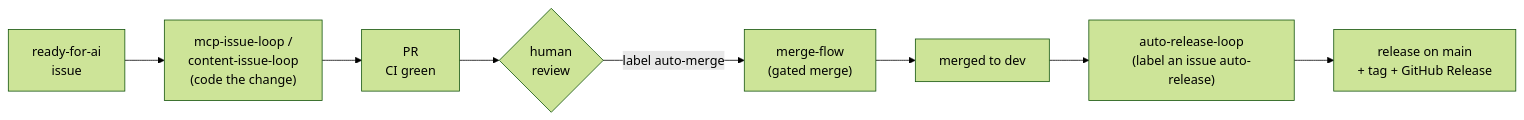
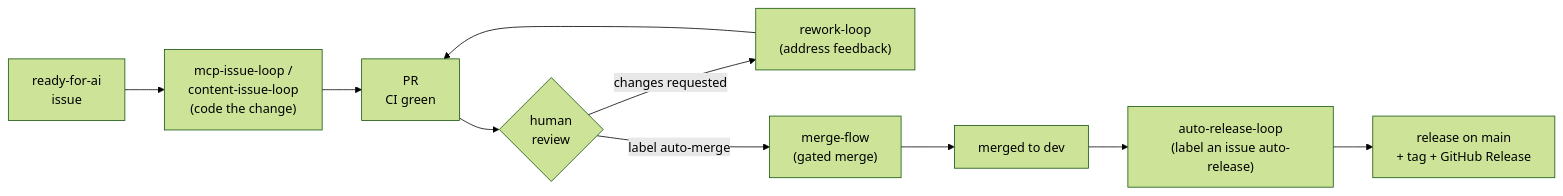
Before and after one commit to hifi-phil/umbraco-mcp-ops: the first of 3 diagrams in docs/self-learning-system.md, drawn with Mermaid (forest theme). The commit also changed other lines of this file and 4 other files, not shown here.

First line of the commit message:
feat(mcp-issue-loop): add rework-loop — event-driven PR-review response

````diff
--- a/docs/self-learning-system.md
+++ b/docs/self-learning-system.md
@@ -12,10 +12,12 @@
 ```mermaid
 flowchart LR
     ISSUE["ready-for-ai<br/>issue"] --> CODE["mcp-issue-loop /<br/>content-issue-loop<br/>(code the change)"]
     CODE --> PR["PR<br/>CI green"]
     PR --> REVIEW{"human<br/>review"}
+    REVIEW -->|"changes requested"| REWORK["rework-loop<br/>(address feedback)"]
+    REWORK --> PR
     REVIEW -->|"label auto-merge"| MERGE["merge-flow<br/>(gated merge)"]
     MERGE --> MERGED["merged to dev"]
     MERGED --> REL["auto-release-loop<br/>(label an issue auto-release)"]
     REL --> SHIP["release on main<br/>+ tag + GitHub Release"]
 ```
````
